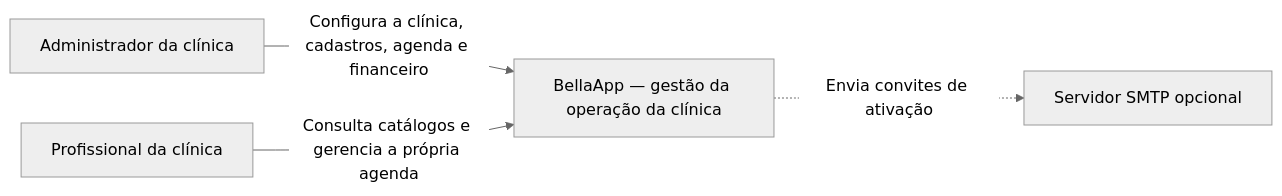
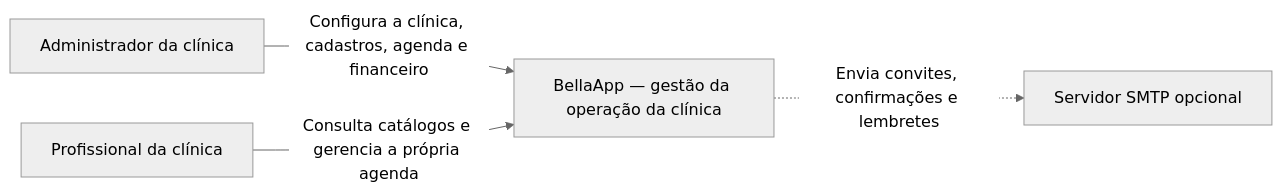
The first of 3 diagrams in docs/architecture/c4.md (Joseph-0505/BellaApp), drawn with Mermaid (neutral theme) before and after one commit. The commit also changed other lines of this file and 9 other files, not shown here.

````diff
--- a/docs/architecture/c4.md
+++ b/docs/architecture/c4.md
@@ -17,11 +17,11 @@
 ```mermaid
 flowchart LR
     admin["Administrador da clínica"]
     professional["Profissional da clínica"]
     bella["BellaApp — gestão da operação da clínica"]
     smtp["Servidor SMTP opcional"]
 
     admin -->|"Configura a clínica, cadastros, agenda e financeiro"| bella
     professional -->|"Consulta catálogos e gerencia a própria agenda"| bella
-    bella -.->|"Envia convites de ativação"| smtp
+    bella -.->|"Envia convites, confirmações e lembretes"| smtp
 ```
````
